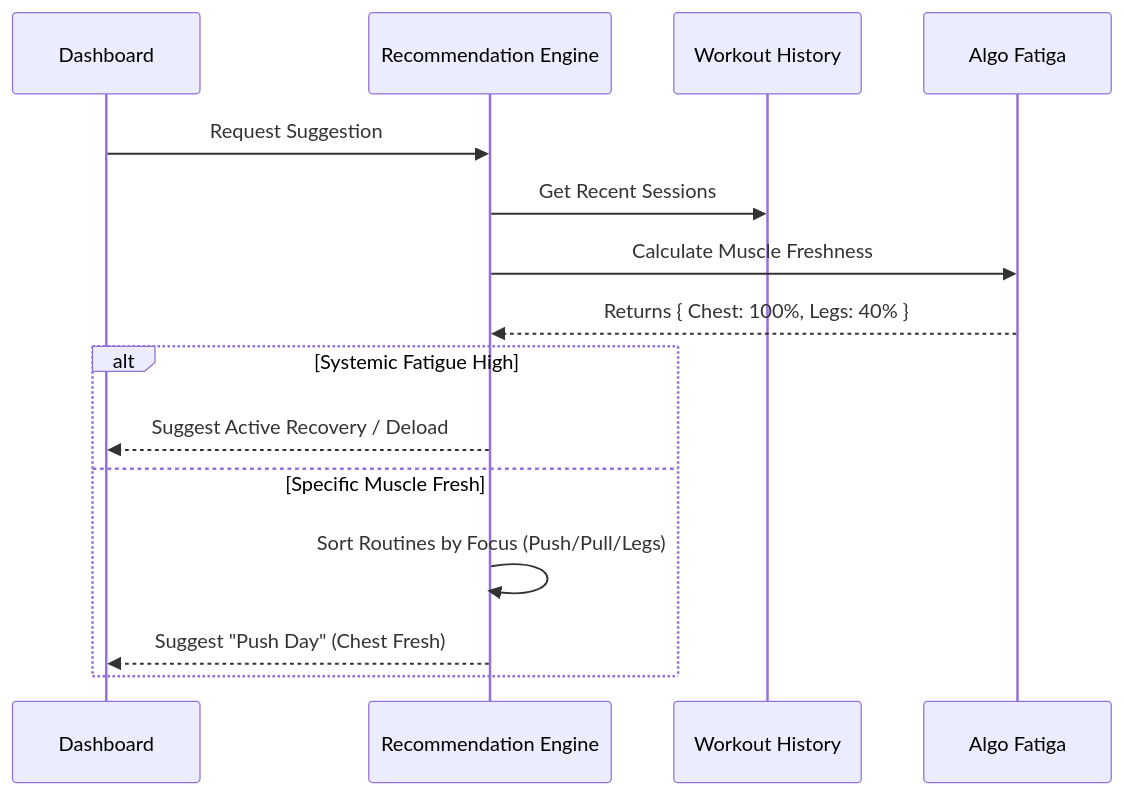
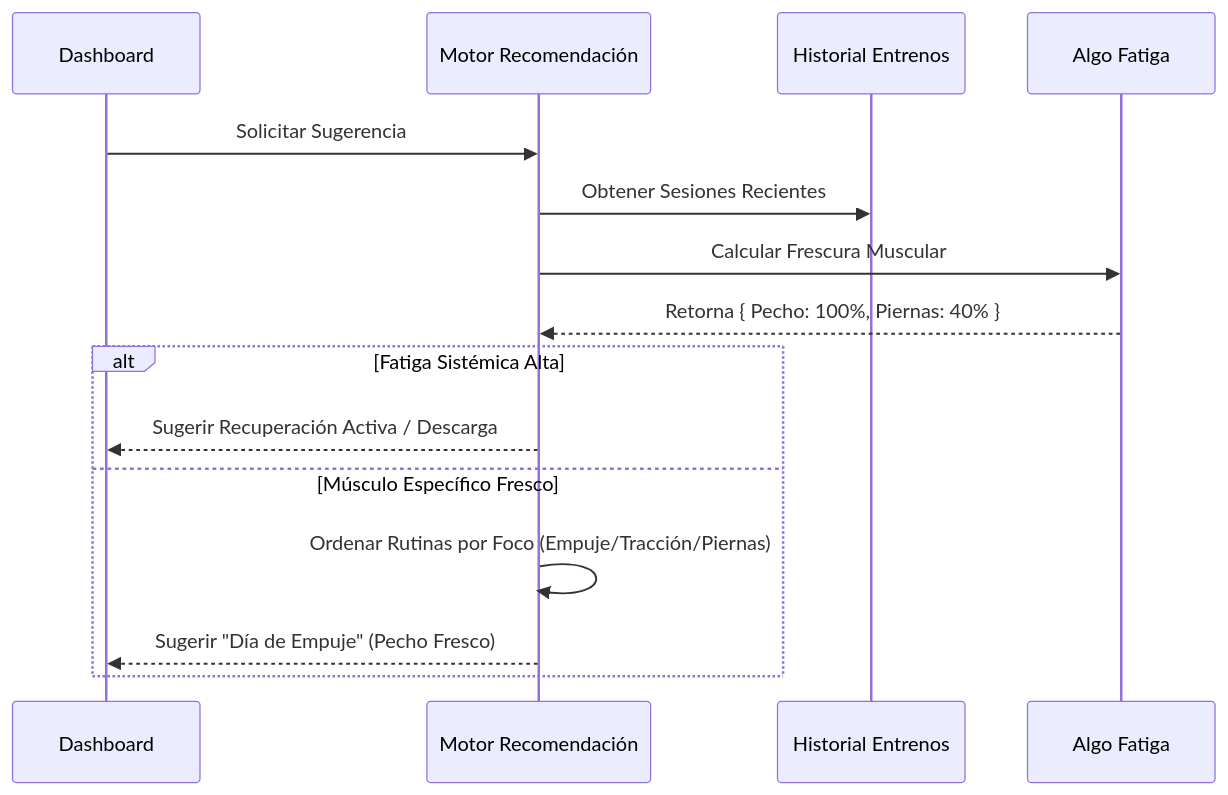
Before and after one commit to JuanchoGithub/gym-tracker: the second of 3 diagrams in README.md, drawn with Mermaid. The commit also changed other lines of this file and 1 other file, not shown here.

First line of the commit message:
feat: Introduce Active Coaching & Auto-Regulation features

````diff
--- a/README.md
+++ b/README.md
@@ -174,19 +201,19 @@
 ```mermaid
 sequenceDiagram
     participant UI as Dashboard
-    participant Heuristic as Recommendation Engine
-    participant History as Workout History
-    participant Fatigue as Algo Fatiga
+    participant Heuristica as Motor Recomendación
+    participant Historial as Historial Entrenos
+    participant Fatiga as Algo Fatiga
 
-    UI->>Heuristic: Request Suggestion
-    Heuristic->>History: Get Recent Sessions
-    Heuristic->>Fatigue: Calculate Muscle Freshness
-    Fatigue-->>Heuristic: Returns { Chest: 100%, Legs: 40% }
+    UI->>Heuristica: Solicitar Sugerencia
+    Heuristica->>Historial: Obtener Sesiones Recientes
+    Heuristica->>Fatiga: Calcular Frescura Muscular
+    Fatiga-->>Heuristica: Retorna { Pecho: 100%, Piernas: 40% }
     
-    alt Systemic Fatigue High
-        Heuristic-->>UI: Suggest Active Recovery / Deload
-    else Specific Muscle Fresh
-        Heuristic->>Heuristic: Sort Routines by Focus (Push/Pull/Legs)
-        Heuristic-->>UI: Suggest "Push Day" (Chest Fresh)
+    alt Fatiga Sistémica Alta
+        Heuristica-->>UI: Sugerir Recuperación Activa / Descarga
+    else Músculo Específico Fresco
+        Heuristica->>Heuristica: Ordenar Rutinas por Foco (Empuje/Tracción/Piernas)
+        Heuristica-->>UI: Sugerir "Día de Empuje" (Pecho Fresco)
     end
 ```
````
